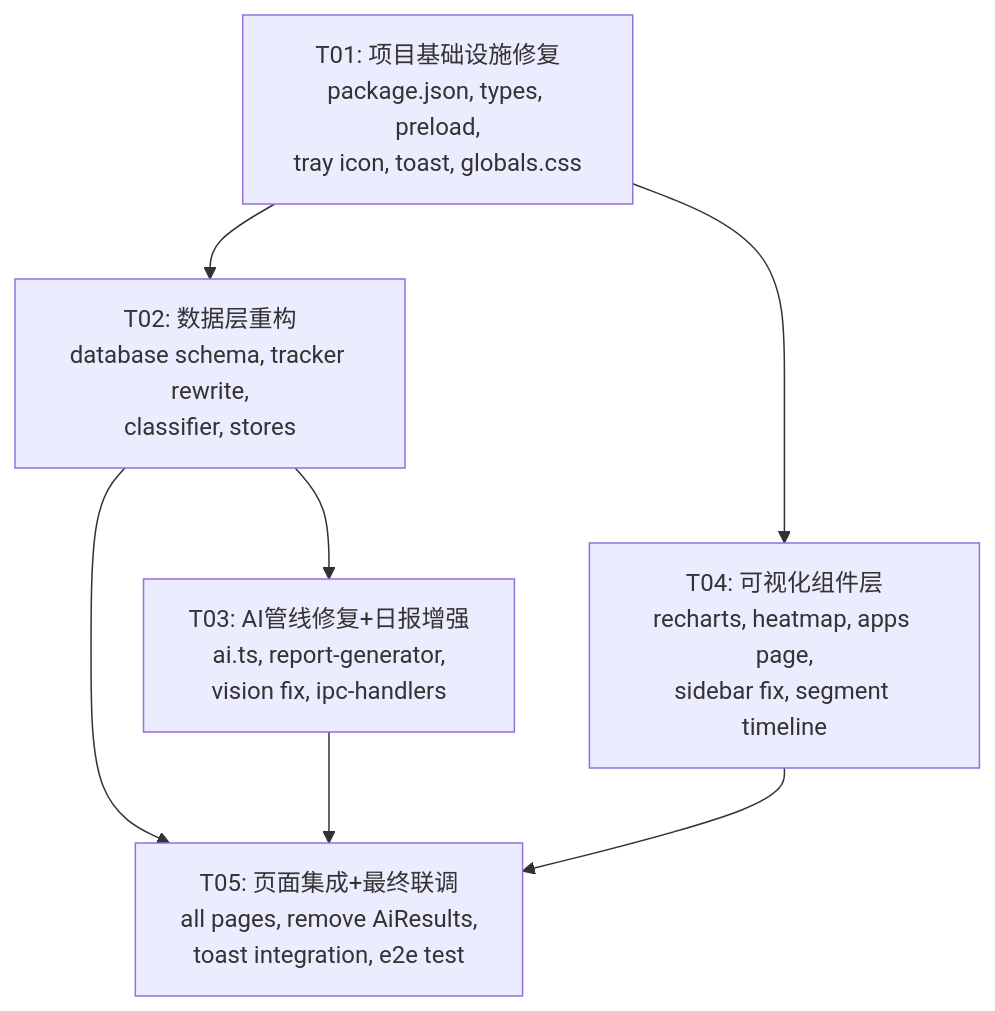
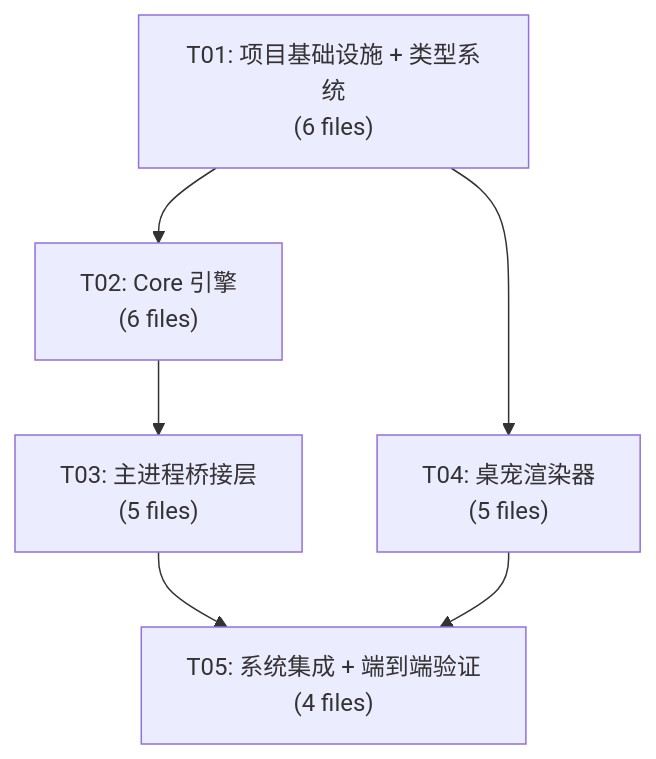
The diagram in docs/system_design.md (diqierjia/xiabanya-public), drawn with Mermaid before and after one commit. The commit also changed other lines of this file and 82 other files, not shown here.

````diff
--- a/docs/system_design.md
+++ b/docs/system_design.md
@@ -658,15 +593,14 @@
 ```mermaid
 graph TD
-    T01[T01: 项目基础设施修复<br/>package.json, types, preload,<br/>tray icon, toast, globals.css]
-    T02[T02: 数据层重构<br/>database schema, tracker rewrite,<br/>classifier, stores]
-    T03[T03: AI管线修复+日报增强<br/>ai.ts, report-generator,<br/>vision fix, ipc-handlers]
-    T04[T04: 可视化组件层<br/>recharts, heatmap, apps page,<br/>sidebar fix, segment timeline]
-    T05[T05: 页面集成+最终联调<br/>all pages, remove AiResults,<br/>toast integration, e2e test]
-    
+    T01["T01: 项目基础设施 + 类型系统<br/>(6 files)"]
+    T02["T02: Core 引擎<br/>(6 files)"]
+    T03["T03: 主进程桥接层<br/>(5 files)"]
+    T04["T04: 桌宠渲染器<br/>(5 files)"]
+    T05["T05: 系统集成 + 端到端验证<br/>(4 files)"]
+
     T01 --> T02
     T01 --> T04
     T02 --> T03
-    T02 --> T05
     T03 --> T05
     T04 --> T05
 ```
````
